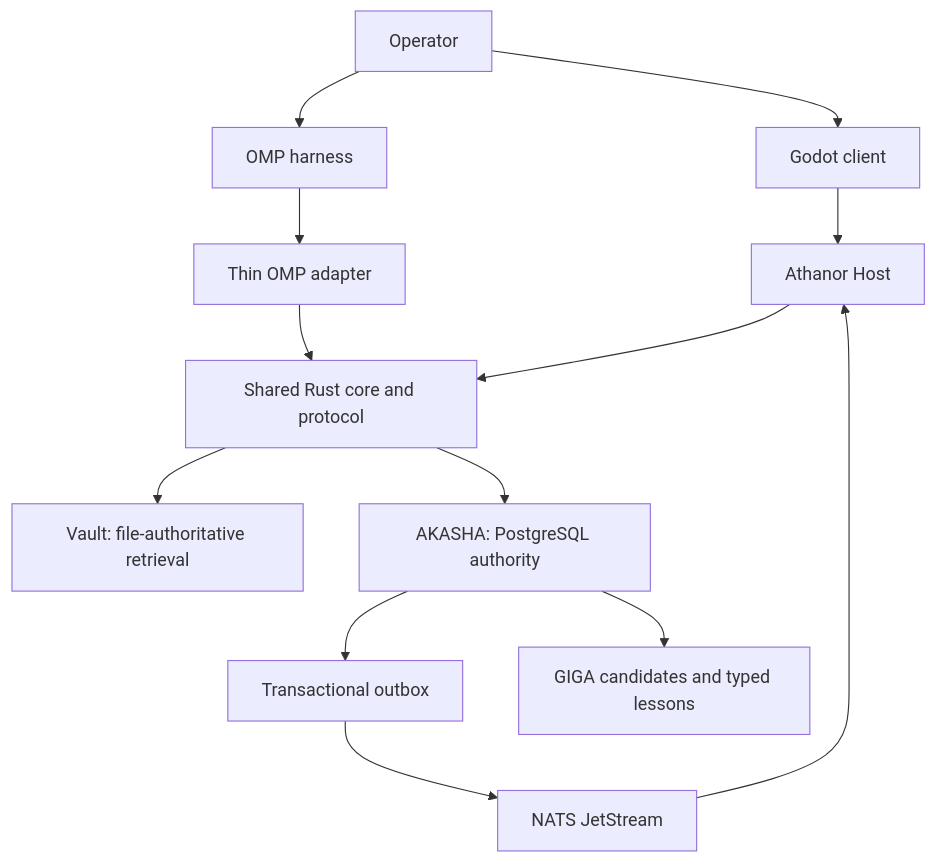
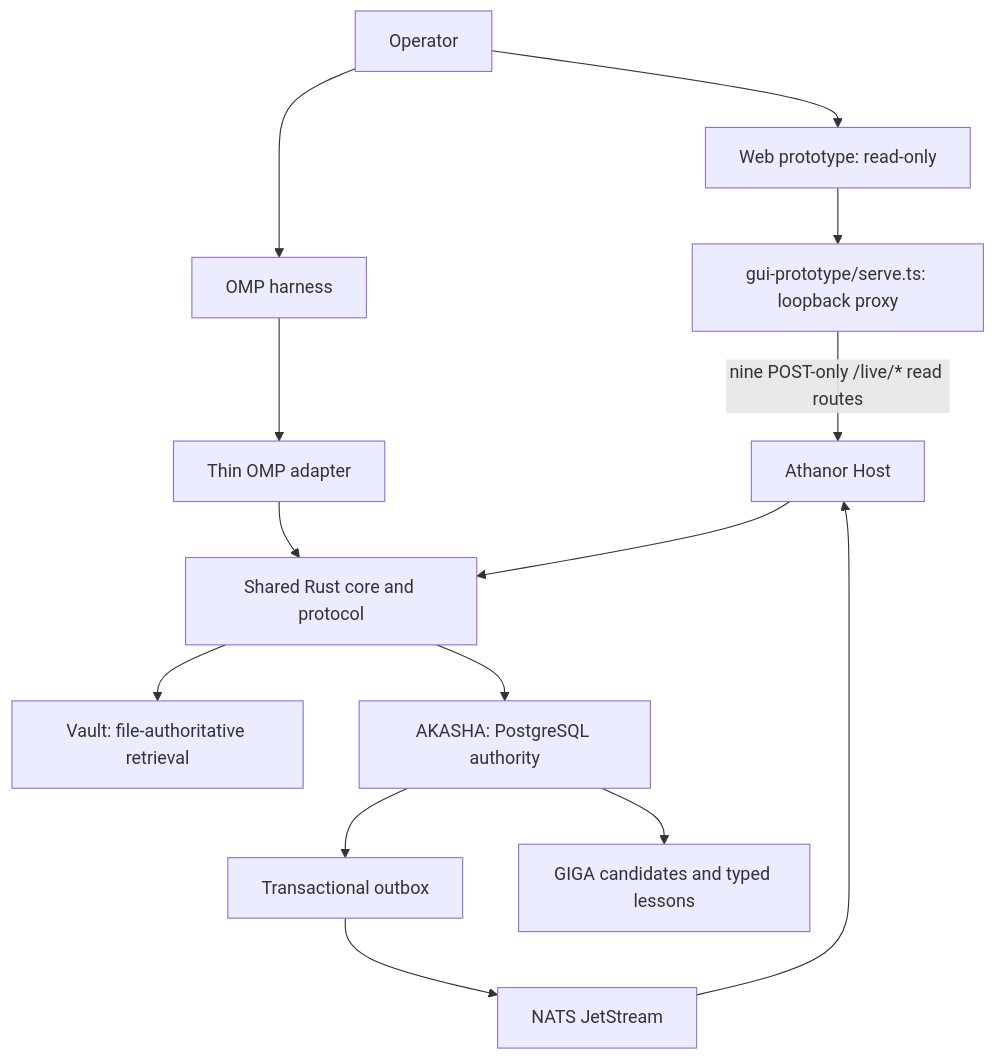
The third of 4 diagrams in README.md (solarisael/the-athanor), drawn with Mermaid before and after one commit. The commit also changed other lines of this file and 15 other files, not shown here.

First line of the commit message:
docs: the web prototype is the operator door; Godot is parked

````diff
--- a/README.md
+++ b/README.md
@@ -125,15 +125,16 @@
 ```mermaid
 flowchart TB
-    U[Operator] --> GUI[Godot client]
+    U[Operator] --> GUI[Web prototype: read-only]
     U --> OMP[OMP harness]
-    GUI --> HOST[Athanor Host]
+    GUI --> PROXY[gui-prototype/serve.ts: loopback proxy]
+    PROXY -->|nine POST-only /live/* read routes| HOST[Athanor Host]
     OMP --> AD[Thin OMP adapter]
     AD --> RUST[Shared Rust core and protocol]
     HOST --> RUST
     RUST --> VAULT[Vault: file-authoritative retrieval]
     RUST --> AKASHA[AKASHA: PostgreSQL authority]
     AKASHA --> OUTBOX[Transactional outbox]
     OUTBOX --> NATS[NATS JetStream]
     NATS --> HOST
     AKASHA --> GIGA[GIGA candidates and typed lessons]
 ```
````
